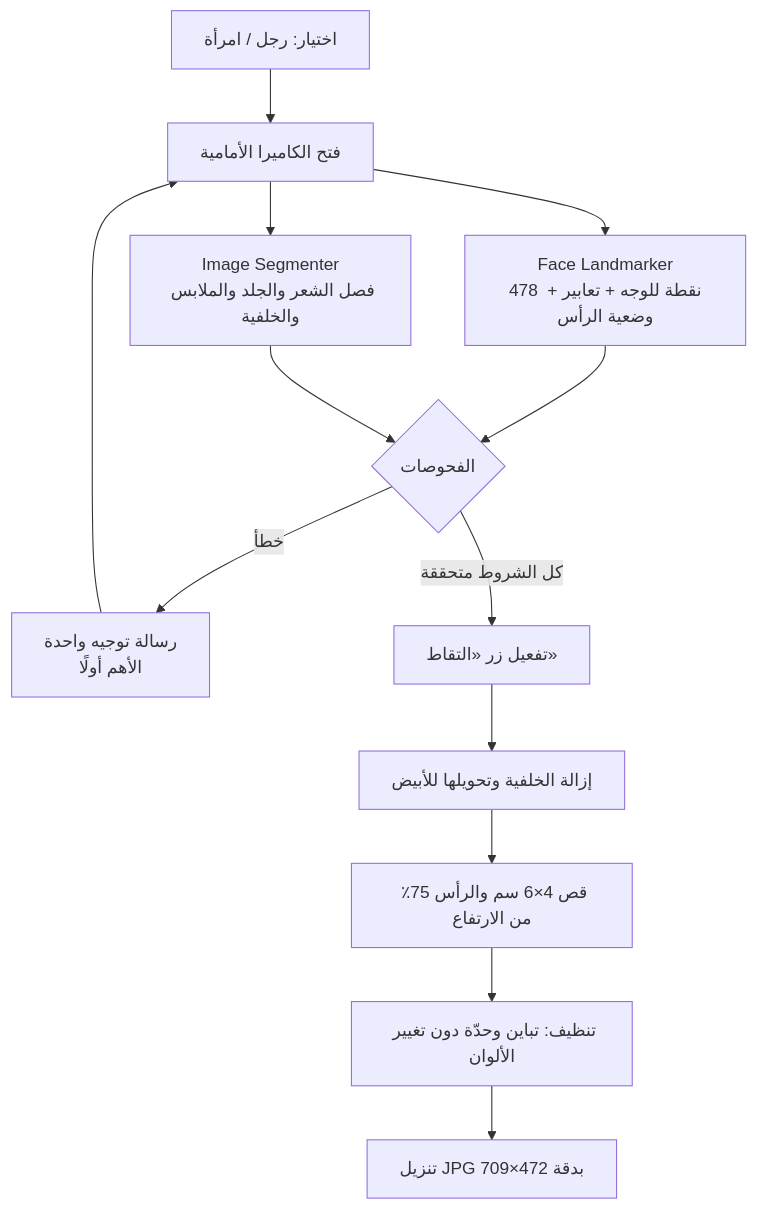
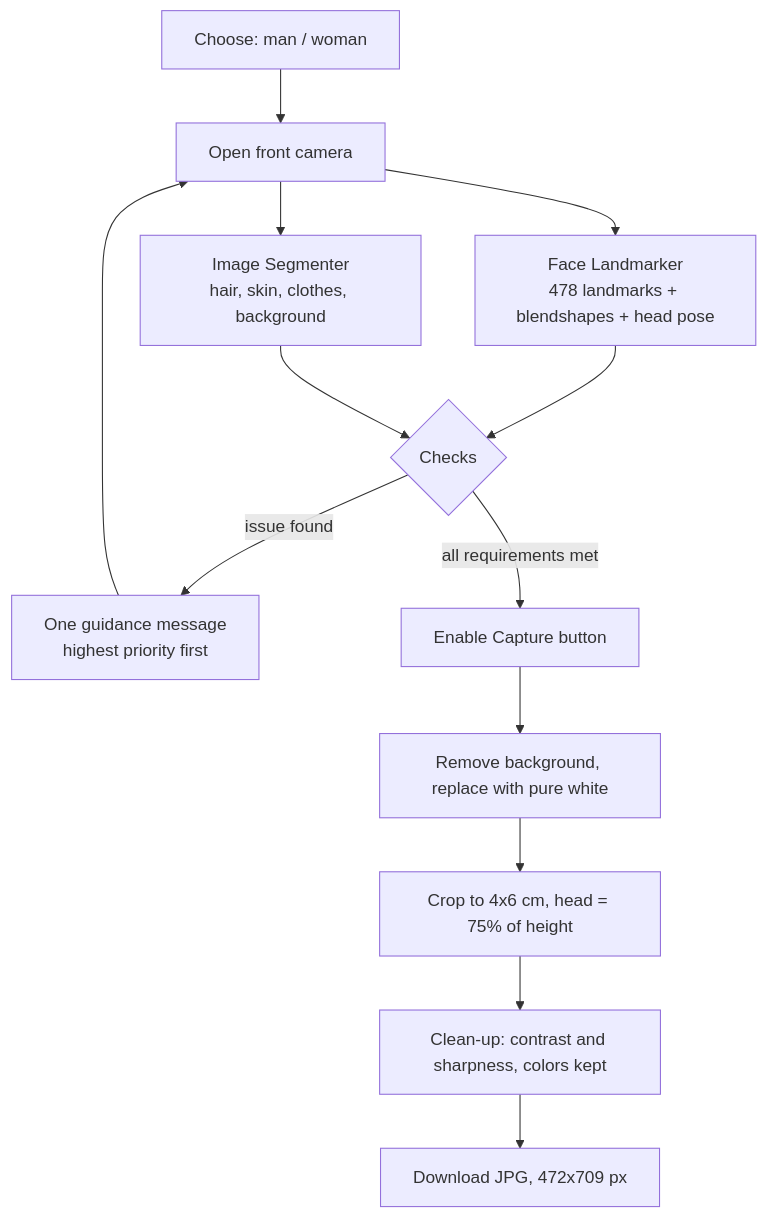
One commit to 7sh-mk/mubashir changed the diagram in README.md. Above: the diagram before and after it, drawn with Mermaid. The commit also changed other lines of this file, not shown here.

````diff
--- a/README.md
+++ b/README.md
@@ -30,15 +32,15 @@
 ```mermaid
 flowchart TD
-    A[اختيار: رجل / امرأة] --> B[فتح الكاميرا الأمامية]
-    B --> C[Face Landmarker<br>478 نقطة للوجه + تعابير + وضعية الرأس]
-    B --> D[Image Segmenter<br>فصل الشعر والجلد والملابس والخلفية]
-    C --> E{الفحوصات}
+    A[Choose: man / woman] --> B[Open front camera]
+    B --> C[Face Landmarker<br>478 landmarks + blendshapes + head pose]
+    B --> D[Image Segmenter<br>hair, skin, clothes, background]
+    C --> E{Checks}
     D --> E
-    E -- خطأ --> F[رسالة توجيه واحدة<br>الأهم أولًا]
+    E -- issue found --> F[One guidance message<br>highest priority first]
     F --> B
-    E -- كل الشروط متحققة --> G[تفعيل زر «التقاط»]
-    G --> H[إزالة الخلفية وتحويلها للأبيض]
-    H --> I[قص 4×6 سم والرأس 75٪ من الارتفاع]
-    I --> J[تنظيف: تباين وحدّة دون تغيير الألوان]
-    J --> K[تنزيل JPG بدقة 472×709]
+    E -- all requirements met --> G[Enable Capture button]
+    G --> H[Remove background, replace with pure white]
+    H --> I[Crop to 4x6 cm, head = 75% of height]
+    I --> J[Clean-up: contrast and sharpness, colors kept]
+    J --> K[Download JPG, 472x709 px]
 ```
````
